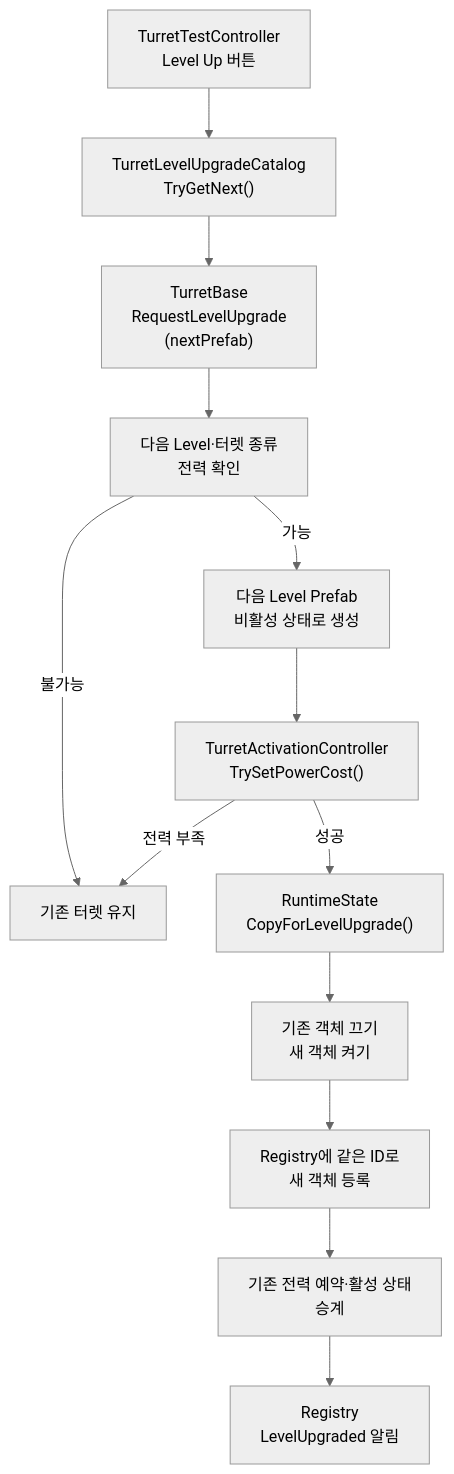
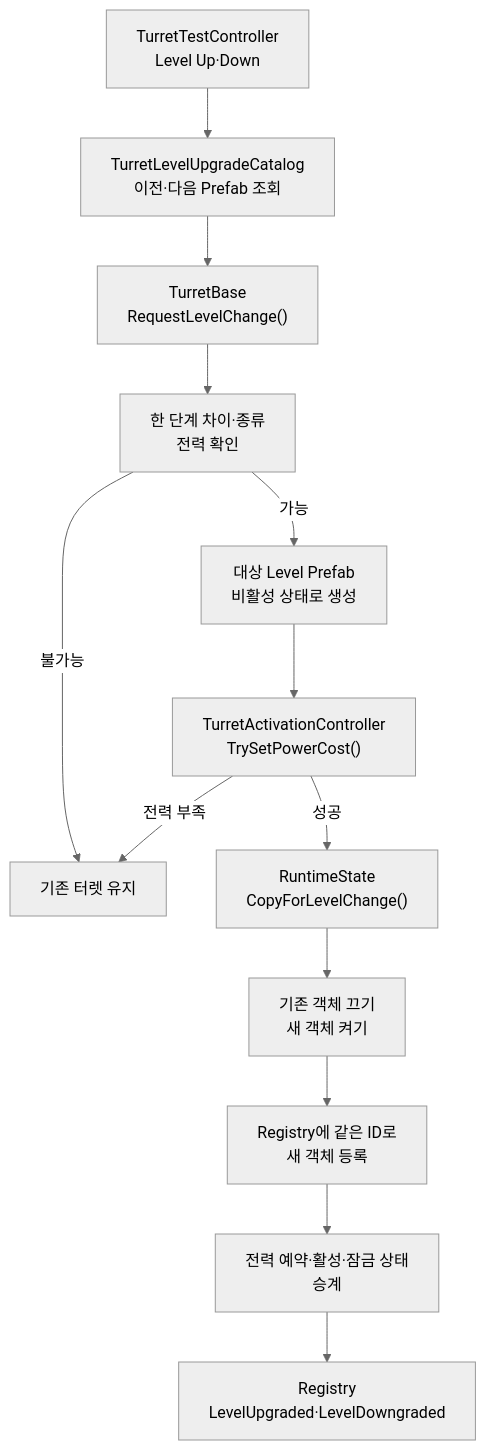
One commit to Team-HJD-21/unity-6-the-developer changed the tenth of 13 diagrams in Docs/architecture/turret-system-guide.md. Above: the diagram before and after it, drawn with Mermaid (neutral theme). The commit also changed other lines of this file, not shown here.

First line of the commit message:
docs(turret): document snapshots progression and runtime locks

````diff
--- a/Docs/architecture/turret-system-guide.md
+++ b/Docs/architecture/turret-system-guide.md
@@ -393,15 +413,15 @@
 ```mermaid
 flowchart TD
-    UI["TurretTestController<br>Level Up 버튼"] --> Catalog["TurretLevelUpgradeCatalog<br>TryGetNext()"]
-    Catalog --> Base["TurretBase<br>RequestLevelUpgrade<br>(nextPrefab)"]
-    Base --> Validate["다음 Level·터렛 종류<br>전력 확인"]
-    Validate -->|가능| Create["다음 Level Prefab<br>비활성 상태로 생성"]
+    UI["TurretTestController<br>Level Up·Down"] --> Catalog["TurretLevelUpgradeCatalog<br>이전·다음 Prefab 조회"]
+    Catalog --> Base["TurretBase<br>RequestLevelChange()"]
+    Base --> Validate["한 단계 차이·종류<br>전력 확인"]
+    Validate -->|가능| Create["대상 Level Prefab<br>비활성 상태로 생성"]
     Validate -->|불가능| Reject["기존 터렛 유지"]
     Create --> Power["TurretActivationController<br>TrySetPowerCost()"]
     Power -->|전력 부족| Reject
-    Power -->|성공| Copy["RuntimeState<br>CopyForLevelUpgrade()"]
+    Power -->|성공| Copy["RuntimeState<br>CopyForLevelChange()"]
     Copy --> Swap["기존 객체 끄기<br>새 객체 켜기"]
     Swap --> Registry["Registry에 같은 ID로<br>새 객체 등록"]
-    Registry --> Active["기존 전력 예약·활성 상태<br>승계"]
-    Active --> Event["Registry<br>LevelUpgraded 알림"]
+    Registry --> Active["전력 예약·활성·잠금 상태<br>승계"]
+    Active --> Event["Registry<br>LevelUpgraded·LevelDowngraded"]
 ```
````
